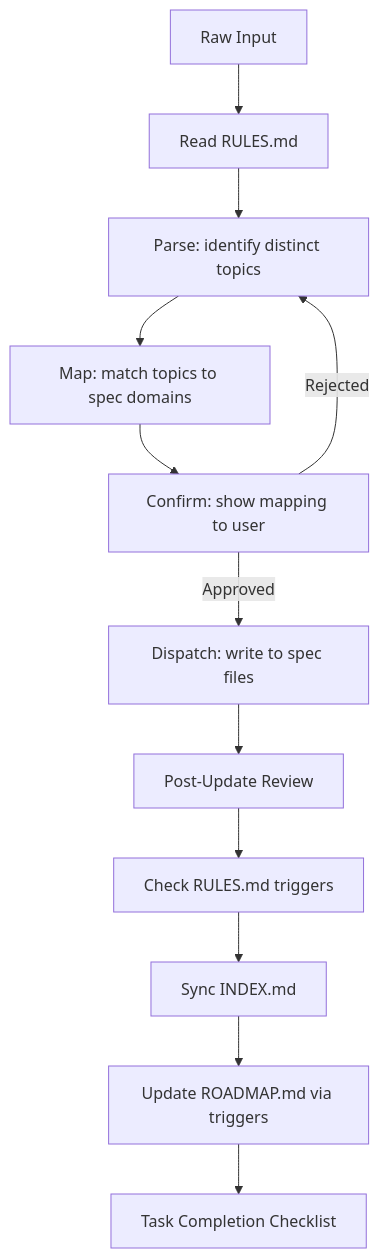
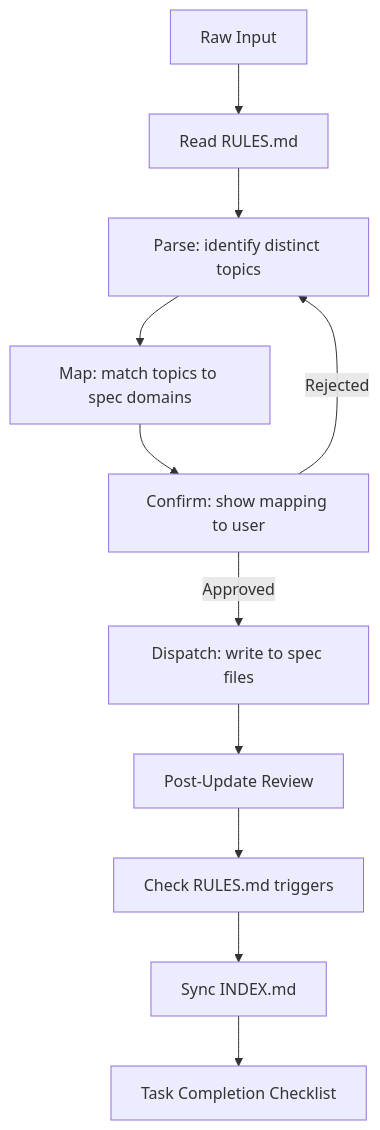
The second of 3 diagrams in .agent/workflows/specification.md (teratron/bevy-launchpad), drawn with Mermaid before and after one commit. The commit also changed other lines of this file and 2 other files, not shown here.

````diff
--- a/.agent/workflows/specification.md
+++ b/.agent/workflows/specification.md
@@ -71,14 +73,13 @@
 ```mermaid
 graph TD
     A[Raw Input] --> R[Read RULES.md]
     R --> B[Parse: identify distinct topics]
     B --> C[Map: match topics to spec domains]
     C --> D[Confirm: show mapping to user]
     D -->|Approved| E[Dispatch: write to spec files]
     D -->|Rejected| B
     E --> F[Post-Update Review]
     F --> G[Check RULES.md triggers]
     G --> H[Sync INDEX.md]
-    H --> I[Update ROADMAP.md via triggers]
-    I --> J[Task Completion Checklist]
+    H --> I[Task Completion Checklist]
 ```
````
